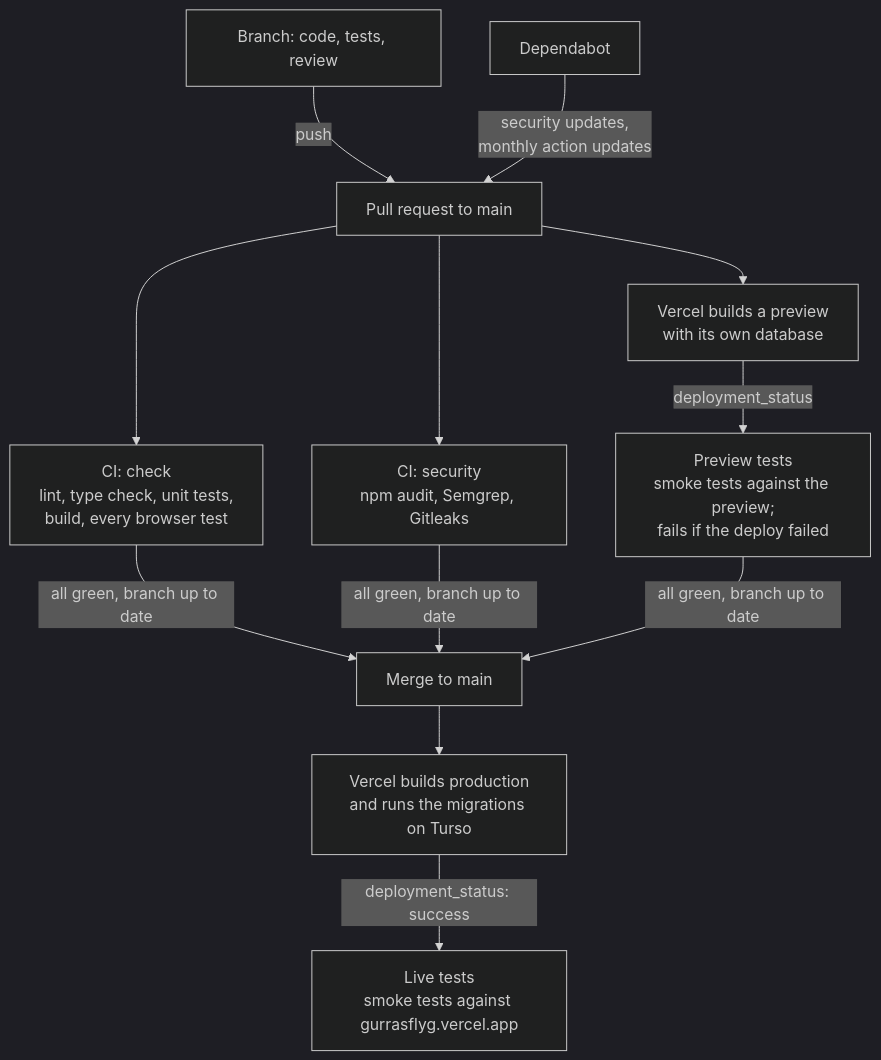
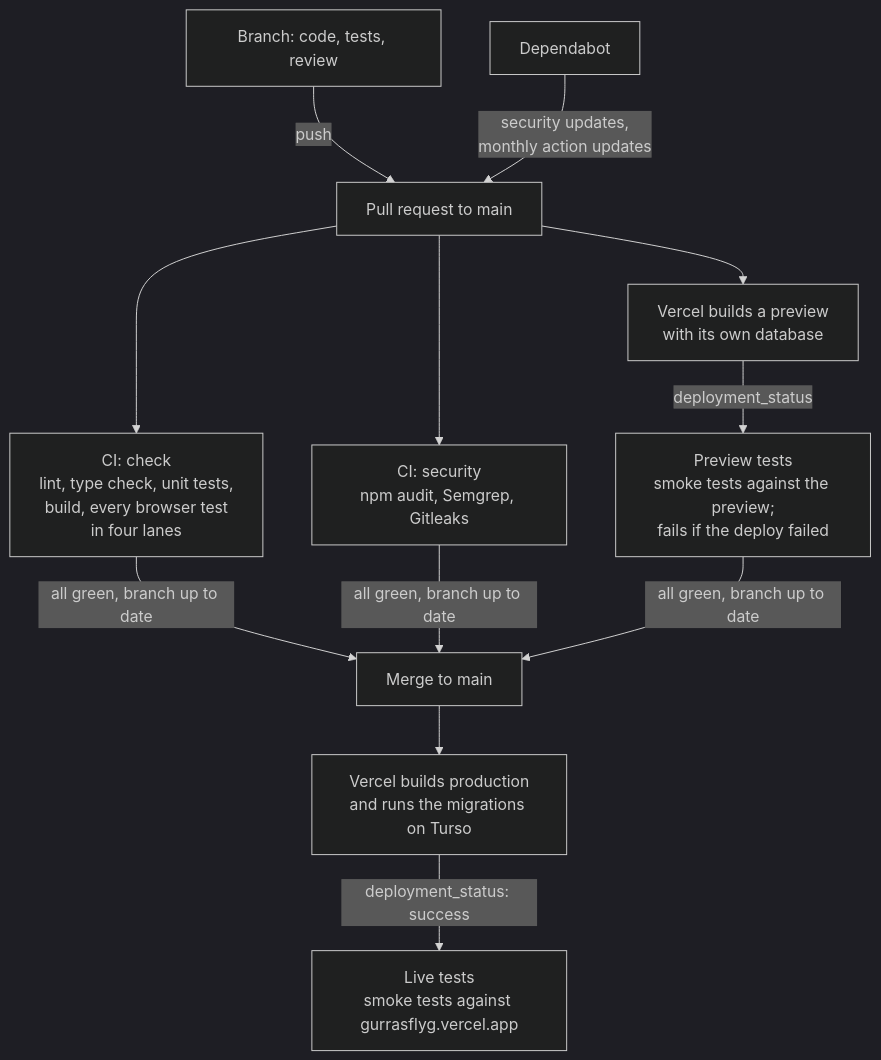
The diagram in wiki/system/pipeline.md (gustavnymoen/gurrasflyg), drawn with Mermaid (dark theme) before and after one commit. The commit also changed other lines of this file and 20 other files, not shown here.

````diff
--- a/wiki/system/pipeline.md
+++ b/wiki/system/pipeline.md
@@ -17,12 +17,12 @@
 ```mermaid
 flowchart TD
     A[Branch: code, tests, review] -->|push| B[Pull request to main]
-    B --> C["CI: check<br/>lint, type check, unit tests,<br/>build, every browser test"]
+    B --> C["CI: check<br/>lint, type check, unit tests,<br/>build, every browser test<br/>in four lanes"]
     B --> D["CI: security<br/>npm audit, Semgrep, Gitleaks"]
     B --> E[Vercel builds a preview<br/>with its own database]
     E -->|deployment_status| F["Preview tests<br/>smoke tests against the preview;<br/>fails if the deploy failed"]
     C & D & F -->|all green, branch up to date| G[Merge to main]
     G --> H[Vercel builds production<br/>and runs the migrations on Turso]
     H -->|deployment_status: success| I["Live tests<br/>smoke tests against gurrasflyg.vercel.app"]
     J[Dependabot] -->|security updates,<br/>monthly action updates| B
 ```
````
